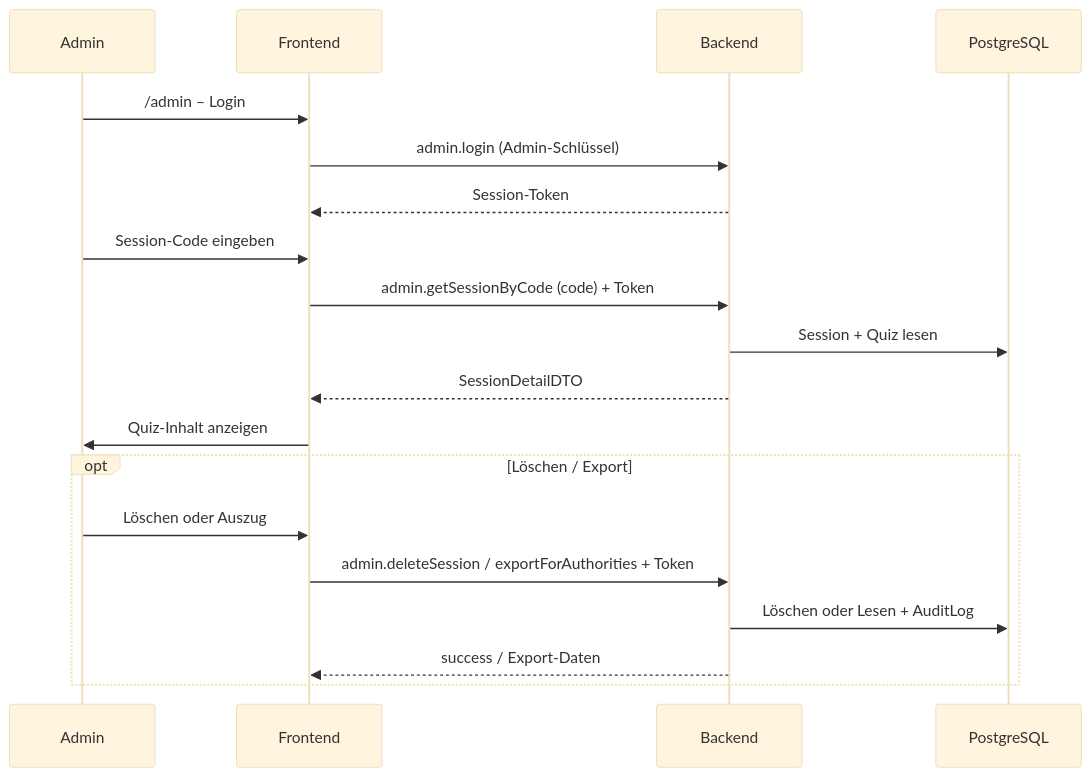
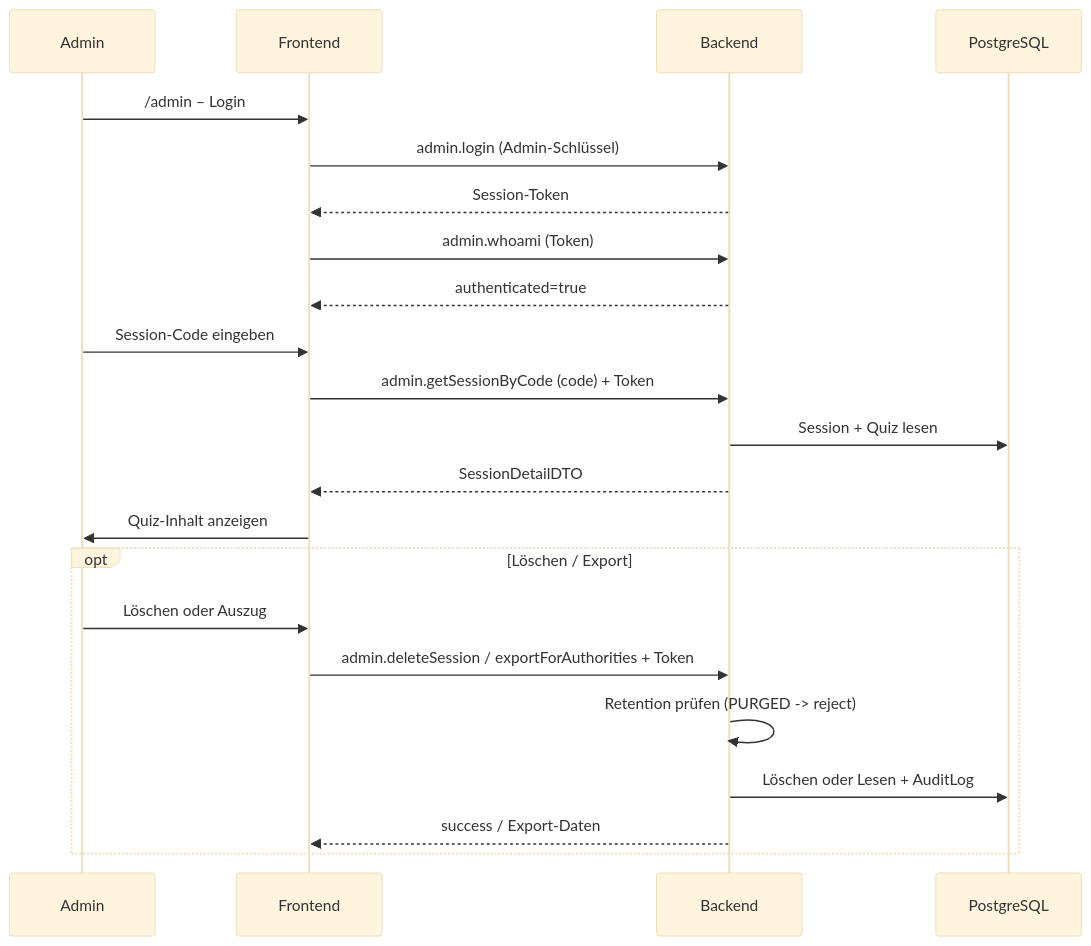
The third of 12 diagrams in docs/diagrams/architecture-overview.md (arsnova-dev/arsnova.eu), drawn with Mermaid (base theme) before and after one commit. The commit also changed other lines of this file and 18 other files, not shown here.

````diff
--- a/docs/diagrams/architecture-overview.md
+++ b/docs/diagrams/architecture-overview.md
@@ -166,22 +167,25 @@
 ```mermaid
 sequenceDiagram
     participant A as Admin
     participant FE as Frontend
     participant BE as Backend
     participant PG as PostgreSQL
 
     A->>FE: /admin – Login
     FE->>BE: admin.login (Admin-Schlüssel)
     BE-->>FE: Session-Token
+    FE->>BE: admin.whoami (Token)
+    BE-->>FE: authenticated=true
     A->>FE: Session-Code eingeben
     FE->>BE: admin.getSessionByCode (code) + Token
     BE->>PG: Session + Quiz lesen
     BE-->>FE: SessionDetailDTO
     FE->>A: Quiz-Inhalt anzeigen
     opt Löschen / Export
         A->>FE: Löschen oder Auszug
         FE->>BE: admin.deleteSession / exportForAuthorities + Token
+        BE->>BE: Retention prüfen (PURGED -> reject)
         BE->>PG: Löschen oder Lesen + AuditLog
         BE-->>FE: success / Export-Daten
     end
 ```
````
